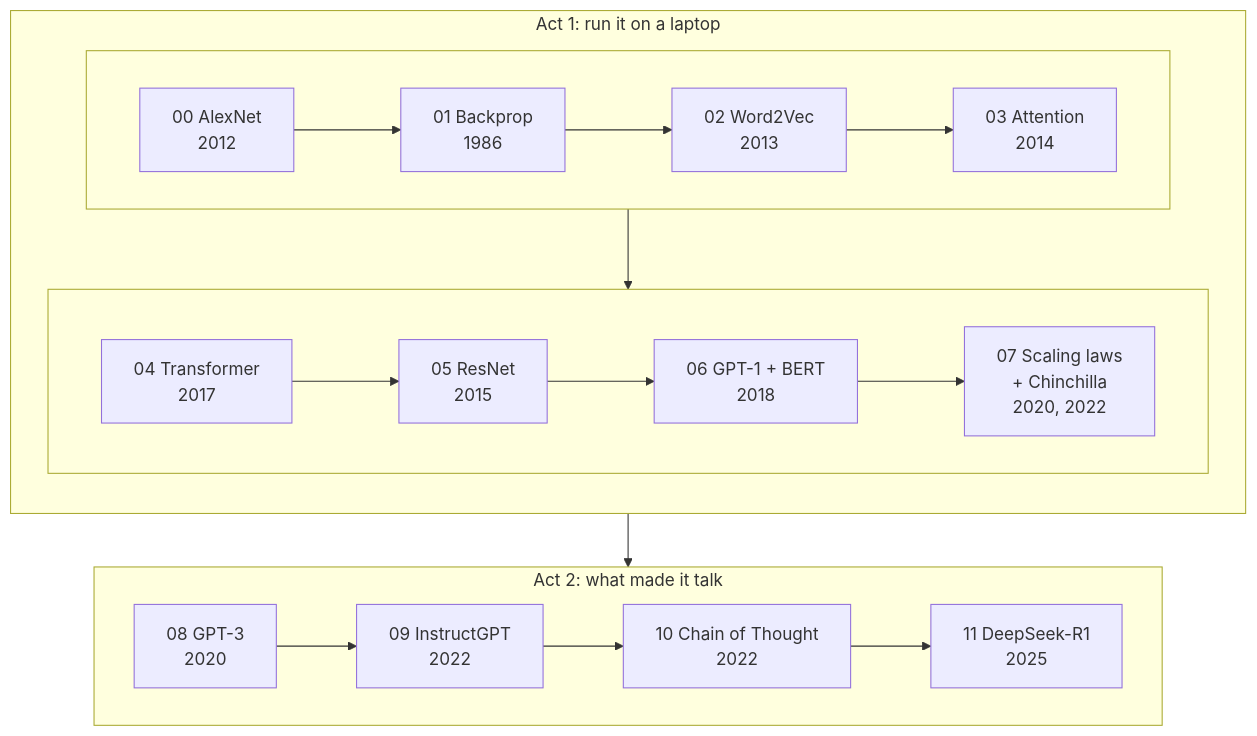
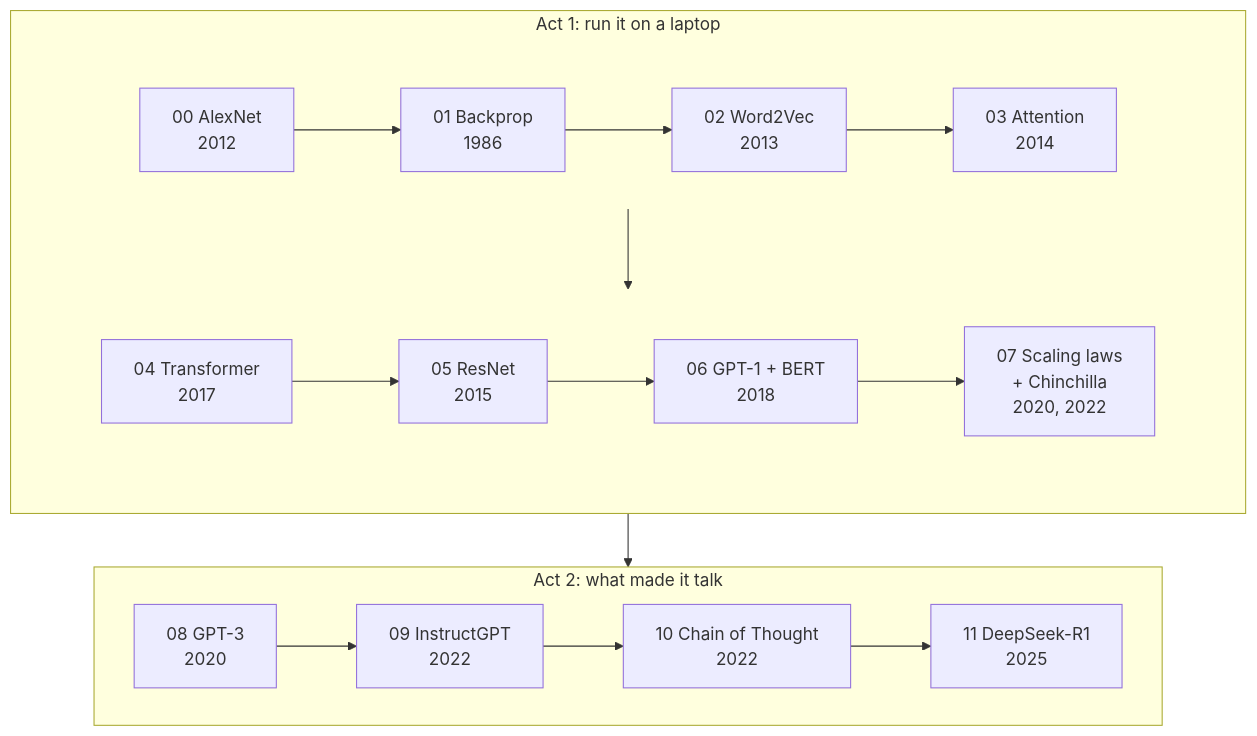
Before and after one commit to mlvpatel/papers-that-built-ai: the first of 4 diagrams in README.md, drawn with Mermaid. The commit also changed other lines of this file and 12 other files, not shown here.

````diff
--- a/README.md
+++ b/README.md
@@ -43,22 +41,24 @@
 ```mermaid
 flowchart TB
     accTitle: The 12 steps in order
     accDescr: Act 1, steps 00 to 07, trains small models on a laptop: AlexNet 2012, backpropagation 1986, Word2Vec 2013, attention 2014, the Transformer 2017, ResNet 2015, GPT-1 and BERT 2018, and the scaling laws and Chinchilla 2020 and 2022. Act 2, steps 08 to 11, runs open models: GPT-3 2020, InstructGPT 2022, Chain of Thought 2022 and DeepSeek-R1 2025.
     subgraph act1 ["Act 1: run it on a laptop"]
         direction TB
         subgraph row1 [" "]
             direction LR
             A00["00 AlexNet<br/>2012"] --> A01["01 Backprop<br/>1986"] --> A02["02 Word2Vec<br/>2013"] --> A03["03 Attention<br/>2014"]
         end
         subgraph row2 [" "]
             direction LR
             A04["04 Transformer<br/>2017"] --> A05["05 ResNet<br/>2015"] --> A06["06 GPT-1 + BERT<br/>2018"] --> A07["07 Scaling laws<br/>+ Chinchilla<br/>2020, 2022"]
         end
         row1 --> row2
     end
     subgraph act2 ["Act 2: what made it talk"]
         direction LR
         B08["08 GPT-3<br/>2020"] --> B09["09 InstructGPT<br/>2022"] --> B10["10 Chain of Thought<br/>2022"] --> B11["11 DeepSeek-R1<br/>2025"]
     end
     act1 --> act2
+    style row1 fill:none,stroke:none
+    style row2 fill:none,stroke:none
 ```
````
